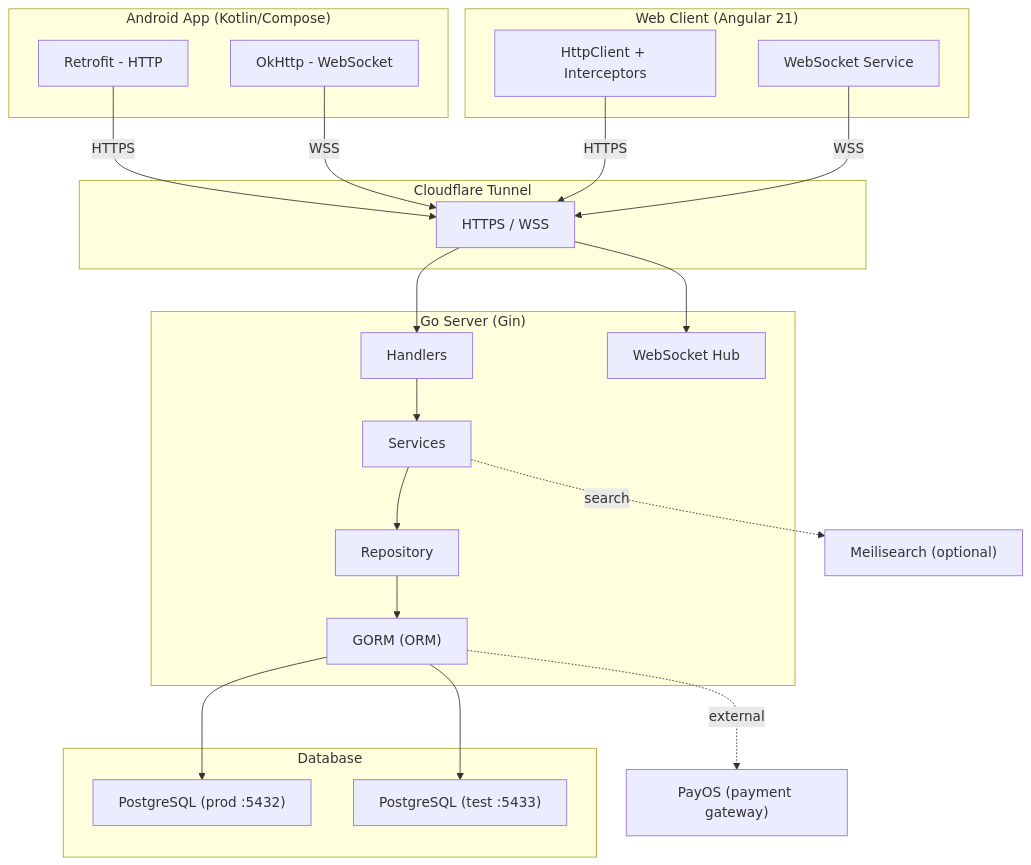
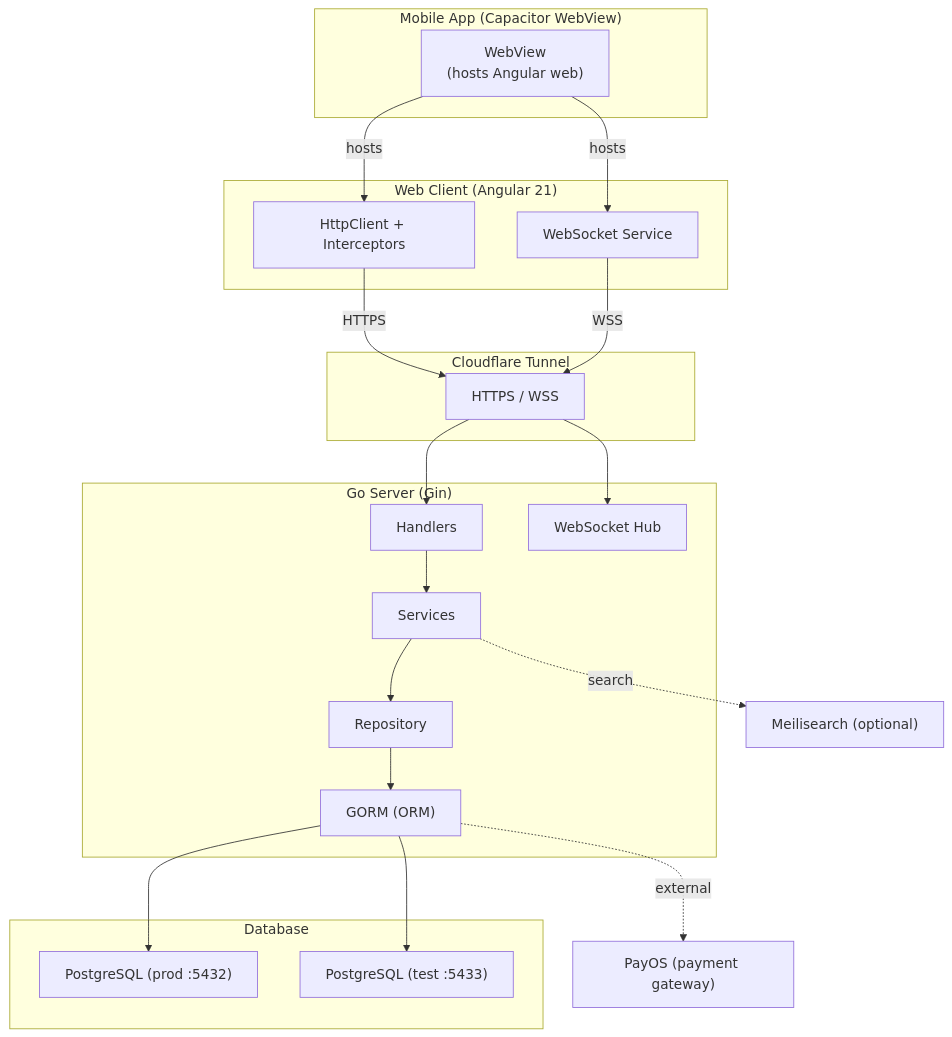
The first of 10 diagrams in docs/technical/SYSTEM_DESIGN.md (nhannht/viecz), drawn with Mermaid before and after one commit. The commit also changed other lines of this file and 14 other files, not shown here.

````diff
--- a/docs/technical/SYSTEM_DESIGN.md
+++ b/docs/technical/SYSTEM_DESIGN.md
@@ -26,47 +26,46 @@
 ```mermaid
 graph TD
-    subgraph AndroidApp["Android App (Kotlin/Compose)"]
-        Retrofit["Retrofit - HTTP"]
-        OkHttp["OkHttp - WebSocket"]
+    subgraph MobileApp["Mobile App (Capacitor WebView)"]
+        WebView["WebView<br/>(hosts Angular web)"]
     end
 
     subgraph WebApp["Web Client (Angular 21)"]
         HttpClient["HttpClient + Interceptors"]
         WsService["WebSocket Service"]
     end
 
     subgraph CloudflareTunnelSubgraph["Cloudflare Tunnel"]
         CloudflareTunnel["HTTPS / WSS"]
     end
 
     subgraph GoServer["Go Server (Gin)"]
         Handlers
         Services
         Repos["Repository"]
         WebSocketHub["WebSocket Hub"]
         GORM["GORM (ORM)"]
 
         Handlers --> Services
         Services --> Repos
         Repos --> GORM
     end
 
     subgraph Database
         PostgreSQL["PostgreSQL (prod :5432)"]
         PostgreSQLTest["PostgreSQL (test :5433)"]
     end
 
     PayOS["PayOS (payment gateway)"]
     Meilisearch["Meilisearch (optional)"]
 
-    Retrofit -->|HTTPS| CloudflareTunnel
-    OkHttp -->|WSS| CloudflareTunnel
+    WebView -->|hosts| HttpClient
+    WebView -->|hosts| WsService
     HttpClient -->|HTTPS| CloudflareTunnel
     WsService -->|WSS| CloudflareTunnel
     CloudflareTunnel --> Handlers
     CloudflareTunnel --> WebSocketHub
     GORM --> PostgreSQL
     GORM --> PostgreSQLTest
     GORM -.->|external| PayOS
     Services -.->|search| Meilisearch
 ```
````
